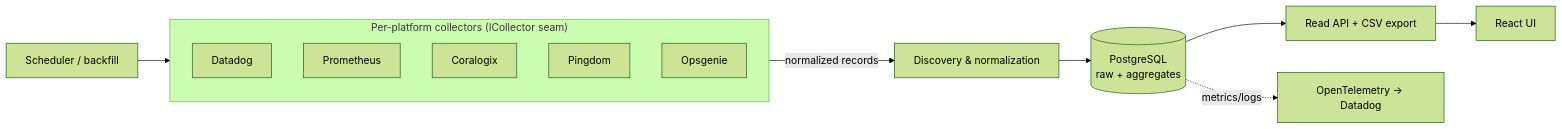
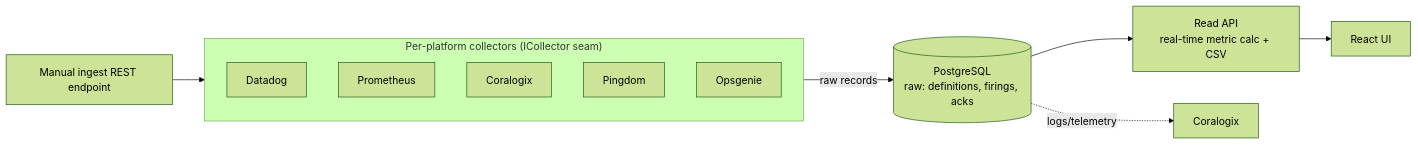
The first of 3 diagrams in docs/architecture.md (giorgikumelashvili-afk/unified-alerts-dashborad-mockup), drawn with Mermaid (forest theme) before and after one commit. The commit also changed other lines of this file and 46 other files, not shown here.

````diff
--- a/docs/architecture.md
+++ b/docs/architecture.md
@@ -21,16 +20,15 @@
 ```mermaid
 flowchart LR
   subgraph Collectors["Per-platform collectors (ICollector seam)"]
     DD[Datadog]
     PR[Prometheus]
     CX[Coralogix]
     PD[Pingdom]
     OG[Opsgenie]
   end
-  Collectors -->|normalized records| Norm[Discovery & normalization]
-  Norm --> Store[(PostgreSQL\nraw + aggregates)]
-  Sched[Scheduler / backfill] --> Collectors
-  Store --> API[Read API + CSV export]
+  Trigger[Manual ingest REST endpoint] --> Collectors
+  Collectors -->|raw records| Store[(PostgreSQL\nraw: definitions, firings, acks)]
+  Store --> API[Read API\nreal-time metric calc + CSV]
   API --> UI[React UI]
-  Store -. metrics/logs .-> OTel[OpenTelemetry → Datadog]
+  Store -. logs/telemetry .-> CX2[Coralogix]
 ```
````
